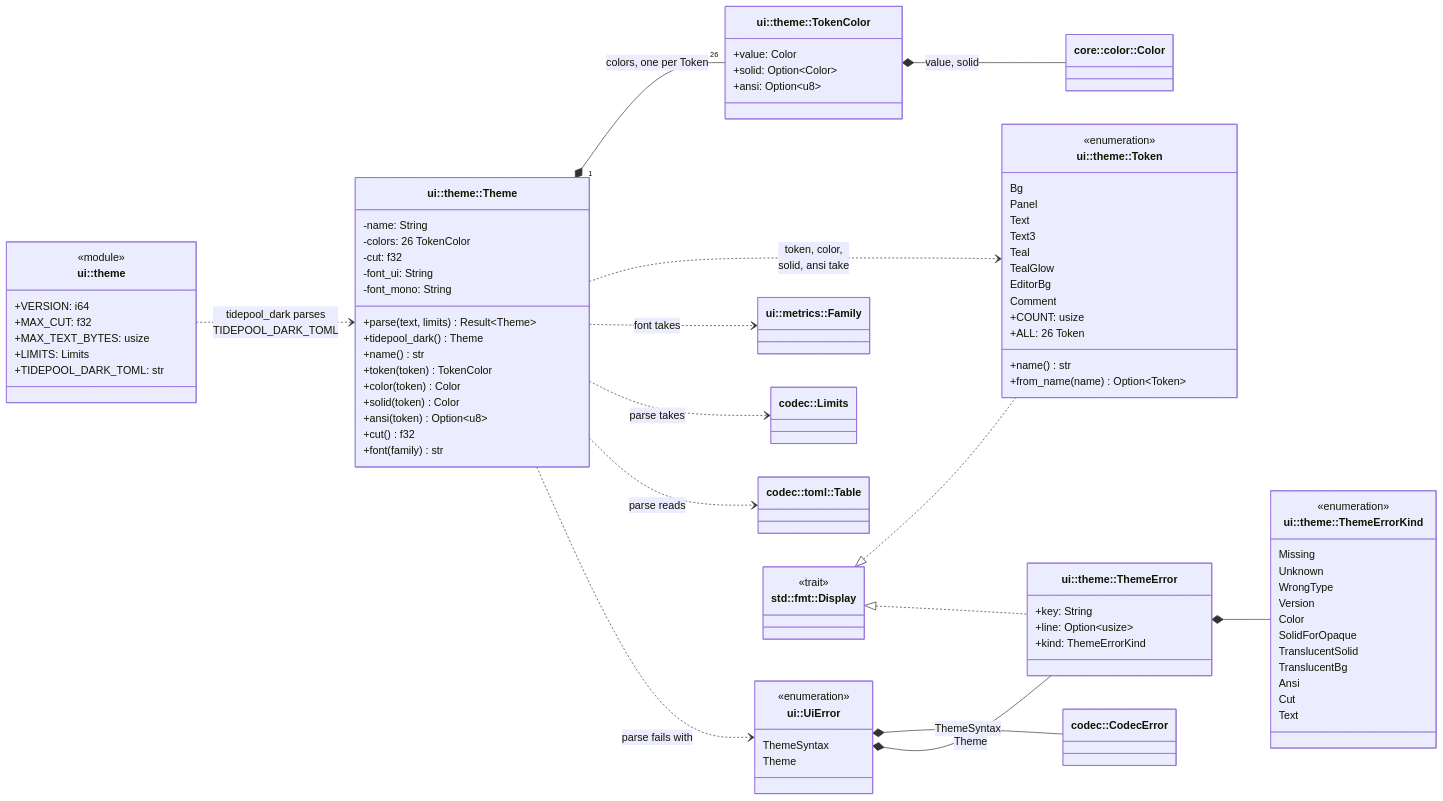
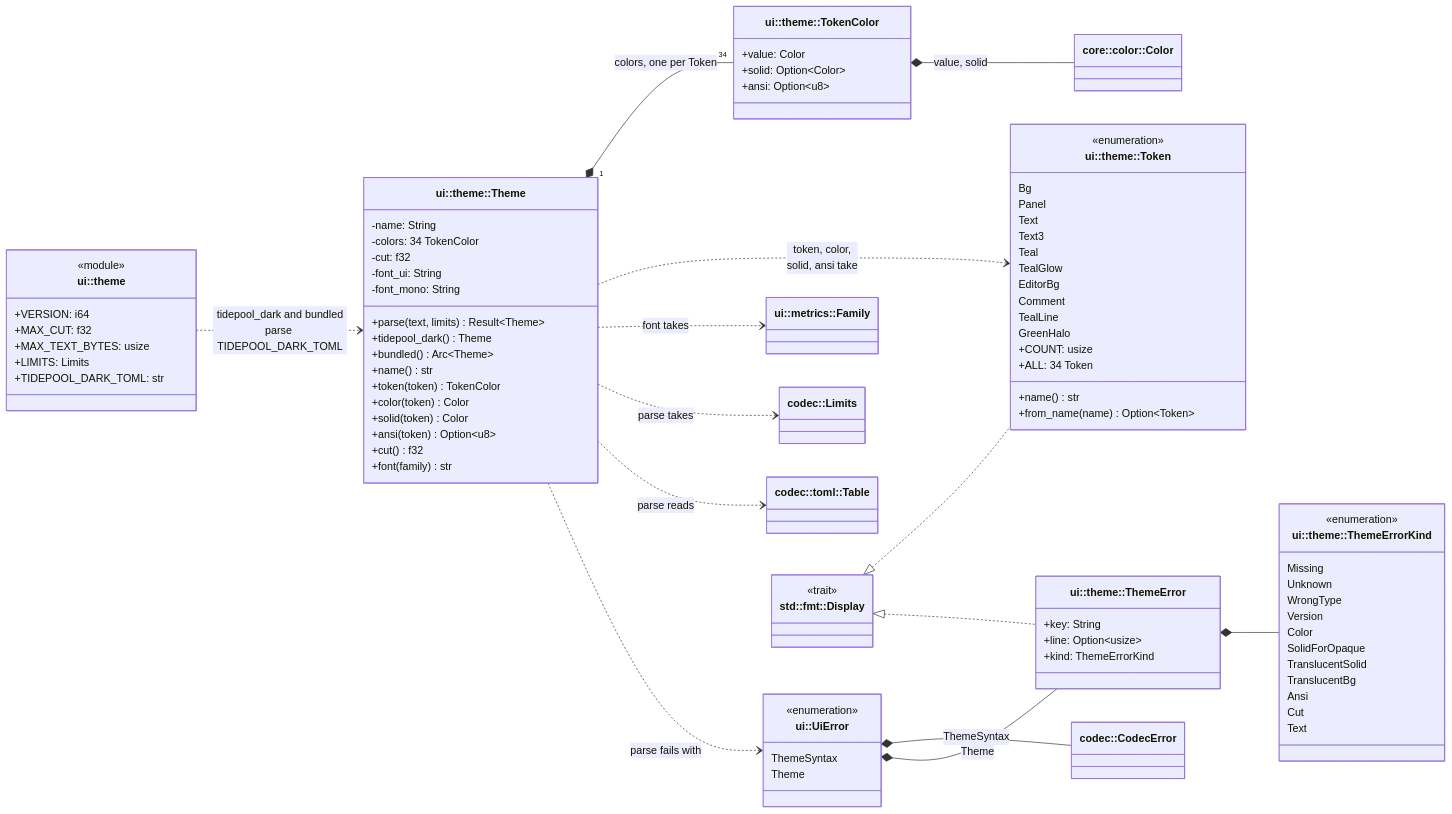
Before and after one commit to jabbott-iii/Tidepool: diagram 45 of 47 in diagrams/class-diagrams.md, drawn with Mermaid. The commit also changed other lines of this file and 64 other files, not shown here.

First line of the commit message:
ui: controls, theme tokens and grapheme editing (M3.6)

```diff
--- a/diagrams/class-diagrams.md
+++ b/diagrams/class-diagrams.md
@@ -4029,12 +4050,13 @@
     }
     class Theme["ui::theme::Theme"] {
         -name: String
-        -colors: 26 TokenColor
+        -colors: 34 TokenColor
         -cut: f32
         -font_ui: String
         -font_mono: String
         +parse(text, limits) Result~Theme~
         +tidepool_dark() Theme
+        +bundled() Arc~Theme~
         +name() str
         +token(token) TokenColor
         +color(token) Color
@@ -4053,8 +4075,10 @@
         TealGlow
         EditorBg
         Comment
+        TealLine
+        GreenHalo
         +COUNT: usize
-        +ALL: 26 Token
+        +ALL: 34 Token
         +name() str
         +from_name(name) Option~Token~
     }
@@ -4096,14 +4120,14 @@
         <<trait>>
     }
 
-    Theme "1" *-- "26" TokenColor : colors, one per Token
+    Theme "1" *-- "34" TokenColor : colors, one per Token
     TokenColor *-- Color : value, solid
     Theme ..> Token : token, color,<br/>solid, ansi take
     Theme ..> Family : font takes
     Theme ..> Limits : parse takes
     Theme ..> TomlTable : parse reads
     Theme ..> UiError : parse fails with
-    ThemeFns ..> Theme : tidepool_dark parses<br/>TIDEPOOL_DARK_TOML
+    ThemeFns ..> Theme : tidepool_dark and bundled<br/>parse TIDEPOOL_DARK_TOML
     UiError *-- CodecError : ThemeSyntax
     UiError *-- ThemeError : Theme
     ThemeError *-- ThemeErrorKind
```
